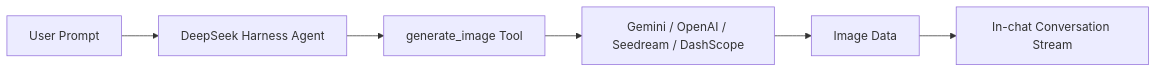
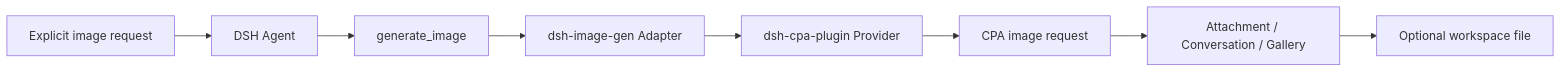
The diagram in README.en.md (LiuRJ99/dsh-image-gen), drawn with Mermaid before and after one commit. The commit also changed other lines of this file and 7 other files, not shown here.

Commit message:
docs: document CPA-backed image generation

````diff
--- a/README.en.md
+++ b/README.en.md
@@ -52,8 +39,10 @@
 ```mermaid
-graph LR
-    A[User Prompt] --> B[DeepSeek Harness Agent]
-    B --> C[generate_image Tool]
-    C --> D[Gemini / OpenAI / Seedream / DashScope]
-    D --> E[Image Data]
-    E --> F[In-chat Conversation Stream]
+flowchart LR
+    A[Explicit image request] --> B[DSH Agent]
+    B --> C[generate_image]
+    C --> D[dsh-image-gen Adapter]
+    D --> E[dsh-cpa-plugin Provider]
+    E --> F[CPA image request]
+    F --> G[Attachment / Conversation / Gallery]
+    G --> H[Optional workspace file]
 ```
````
